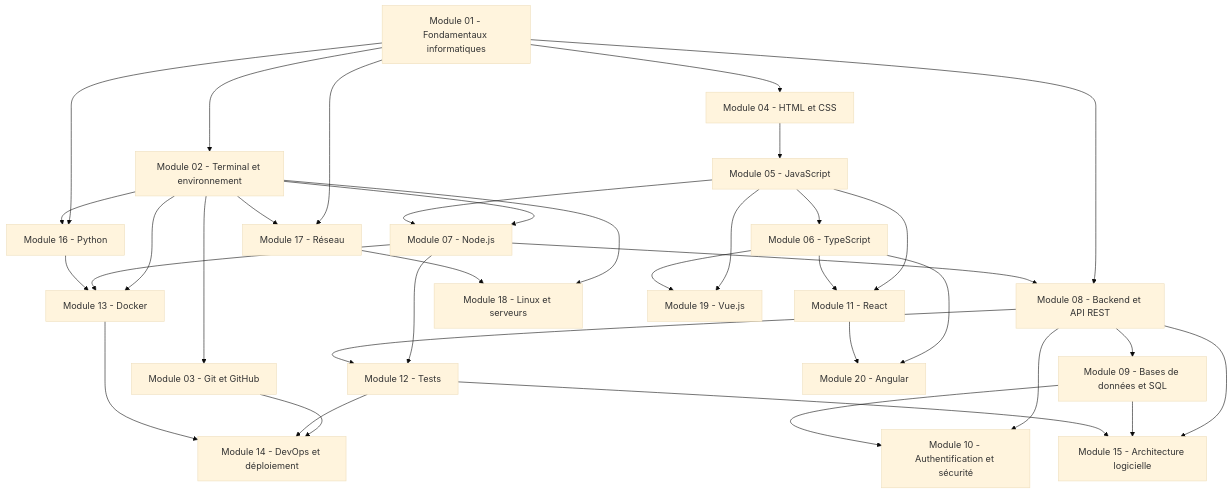
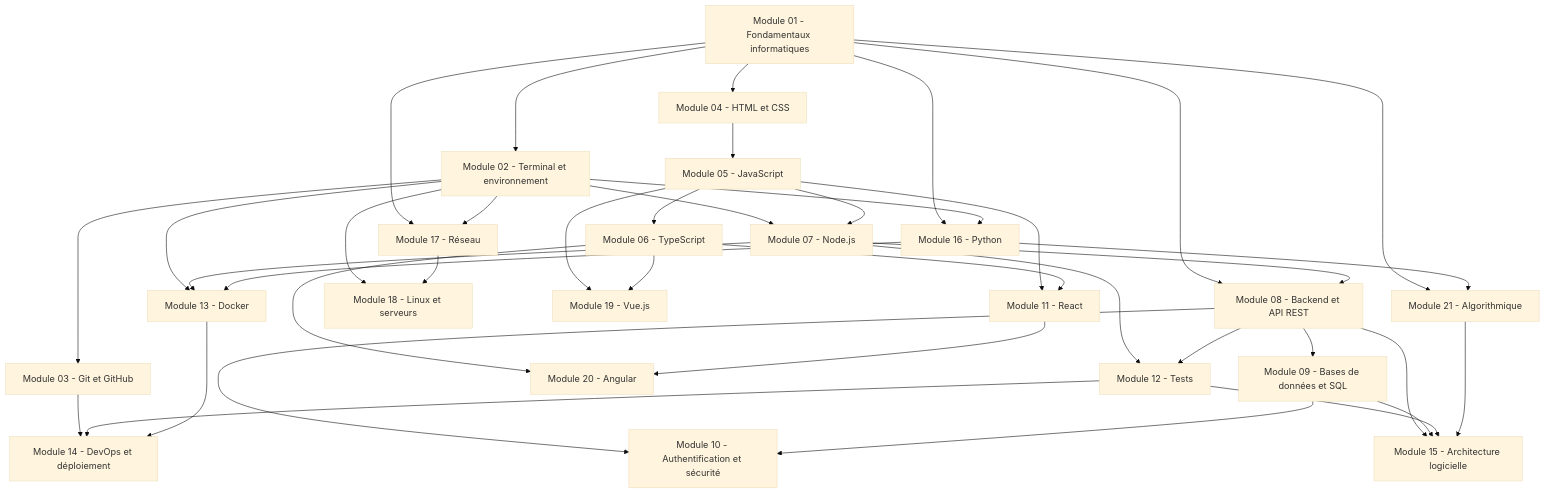
One commit to galsen-76/Informatique- changed the diagram in 01 — Parcours/Parcours.md. Above: the diagram before and after it, drawn with Mermaid (base theme). The commit also changed other lines of this file and 21 other files, not shown here.

First line of the commit message:
Module 21 Algorithmique : 12 notions, 4 cours, 4 exercices ; ajouté au parcours global

````diff
--- a/01 — Parcours/Parcours.md
+++ b/01 — Parcours/Parcours.md
@@ -31,6 +31,7 @@
   M18["Module 18 - Linux et serveurs"]
   M19["Module 19 - Vue.js"]
   M20["Module 20 - Angular"]
+  M21["Module 21 - Algorithmique"]
   M1 --> M2
   M2 --> M3
   M1 --> M4
@@ -66,6 +67,9 @@
   M6 --> M19
   M6 --> M20
   M11 --> M20
+  M1 --> M21
+  M16 --> M21
+  M21 --> M15
   class M1 internal-link;
   class M2 internal-link;
   class M3 internal-link;
@@ -86,4 +90,5 @@
   class M18 internal-link;
   class M19 internal-link;
   class M20 internal-link;
+  class M21 internal-link;
 ```
````
